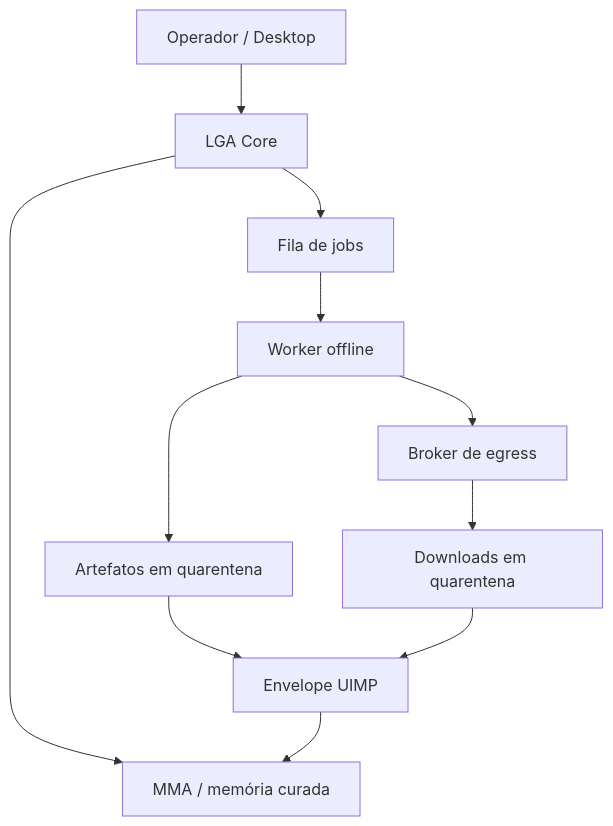
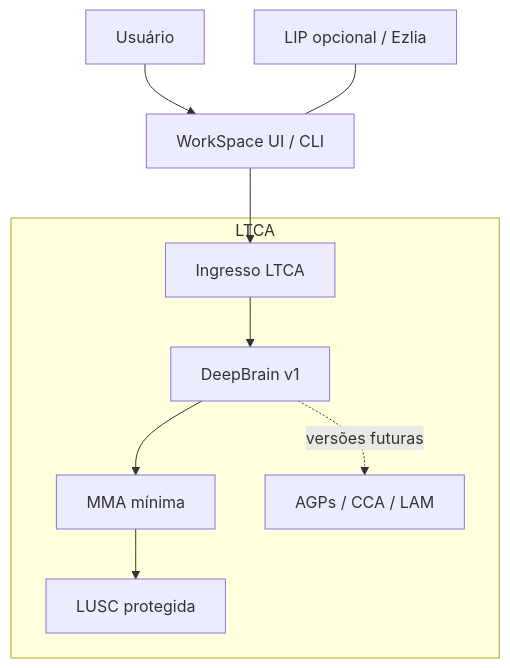
The diagram in docs/ARCHITECTURE.md (rafaelsantos-cs/Workspace.iso), drawn with Mermaid before and after one commit. The commit also changed other lines of this file and 23 other files, not shown here.

Commit message:
align WorkSpace with LGA 0.3 and fix boot checks

````diff
--- a/docs/ARCHITECTURE.md
+++ b/docs/ARCHITECTURE.md
@@ -9,13 +13,12 @@
 ```mermaid
 flowchart TD
-    O[Operador / Desktop] --> C[LGA Core]
-    C --> J[Fila de jobs]
-    J --> W[Worker offline]
-    W --> A[Artefatos em quarentena]
-    W --> E[Broker de egress]
-    E --> Q[Downloads em quarentena]
-    C --> M[MMA / memória curada]
-    A --> U[Envelope UIMP]
-    Q --> U
-    U --> M
+    U[Usuário] --> W[WorkSpace UI / CLI]
+    P[LIP opcional / Ezlia] --- W
+    W --> I[Ingresso LTCA]
+    subgraph LTCA
+        I --> D[DeepBrain v1]
+        D --> M[MMA mínima]
+        M --> L[LUSC protegida]
+        D -. versões futuras .-> A[AGPs / CCA / LAM]
+    end
 ```
````
